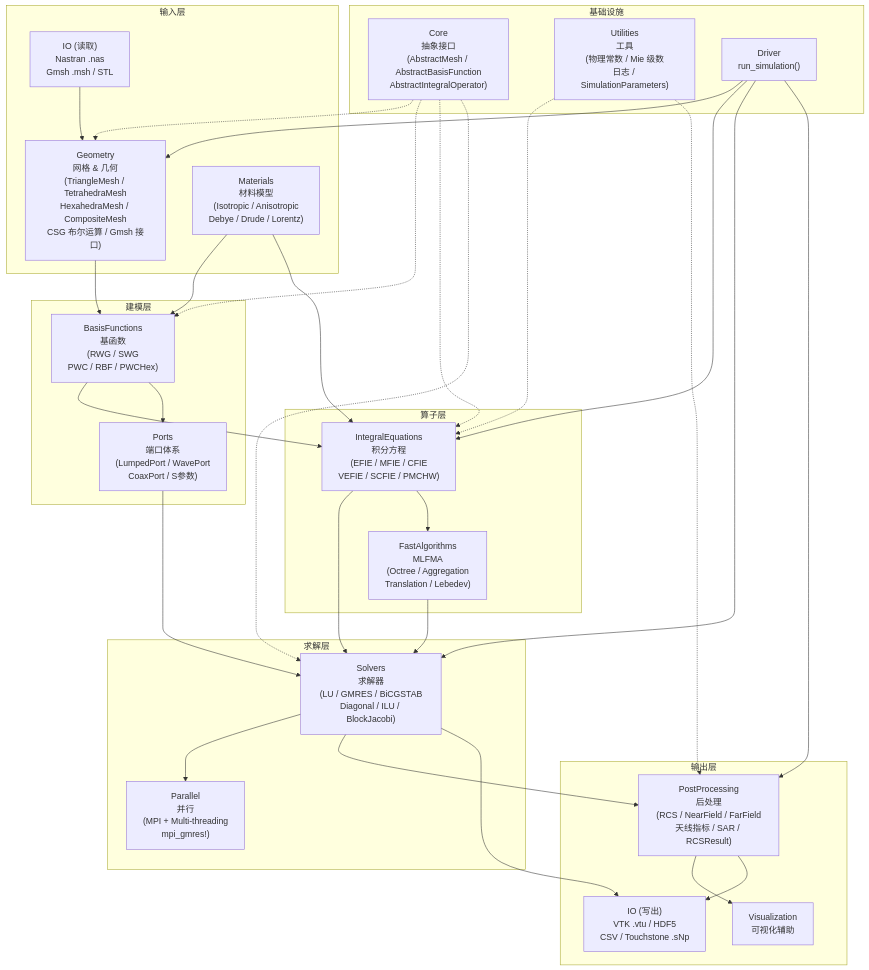
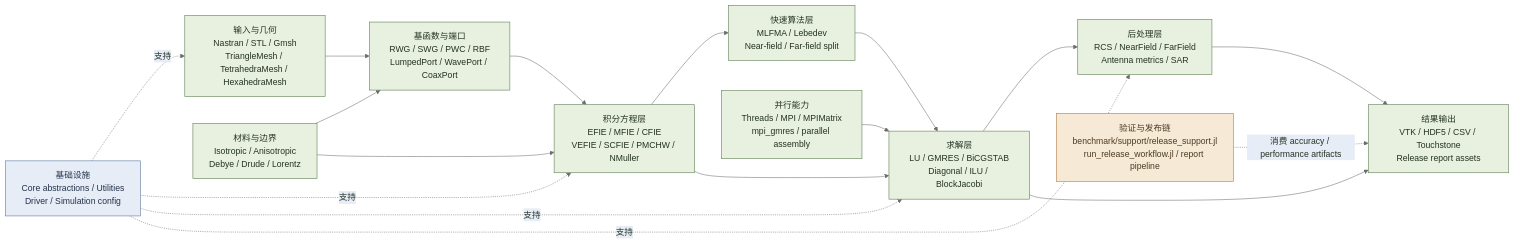
One commit to deltaeecs/EMMoMSuite.jl changed the diagram in README.md. Above: the diagram before and after it, drawn with Mermaid. The commit also changed other lines of this file, not shown here.

````diff
--- a/README.md
+++ b/README.md
@@ -11,54 +26,40 @@
 ```mermaid
-graph TD
-    subgraph 输入层
-        GEO["Geometry\n网格 & 几何\n(TriangleMesh / TetrahedraMesh\nHexahedraMesh / CompositeMesh\nCSG 布尔运算 / Gmsh 接口)"]
-        MAT["Materials\n材料模型\n(Isotropic / Anisotropic\nDebye / Drude / Lorentz)"]
-        IO_IN["IO (读取)\nNastran .nas\nGmsh .msh / STL"]
-    end
+%%{init: {'theme': 'base', 'themeVariables': { 'background': '#fbfbf7', 'primaryColor': '#e8f1df', 'primaryTextColor': '#243224', 'primaryBorderColor': '#6d8a63', 'lineColor': '#6c6c6c', 'secondaryColor': '#e7edf7', 'secondaryBorderColor': '#6e86a6', 'tertiaryColor': '#f6ead7', 'tertiaryBorderColor': '#b48a4d', 'fontFamily': 'Microsoft YaHei, Segoe UI, sans-serif'}}}%%
+flowchart LR
+    IO["输入与几何<br/>Nastran / STL / Gmsh<br/>TriangleMesh / TetrahedraMesh / HexahedraMesh"]
+    MAT["材料与边界<br/>Isotropic / Anisotropic<br/>Debye / Drude / Lorentz"]
+    BF["基函数与端口<br/>RWG / SWG / PWC / RBF<br/>LumpedPort / WavePort / CoaxPort"]
+    IE["积分方程层<br/>EFIE / MFIE / CFIE<br/>VEFIE / SCFIE / PMCHW / NMuller"]
+    FA["快速算法层<br/>MLFMA / Lebedev<br/>Near-field / Far-field split"]
+    SLV["求解层<br/>LU / GMRES / BiCGSTAB<br/>Diagonal / ILU / BlockJacobi"]
+    PP["后处理层<br/>RCS / NearField / FarField<br/>Antenna metrics / SAR"]
+    OUT["结果输出<br/>VTK / HDF5 / CSV / Touchstone<br/>Release report assets"]
+    PAR["并行能力<br/>Threads / MPI / MPIMatrix<br/>mpi_gmres / parallel assembly"]
+    CORE["基础设施<br/>Core abstractions / Utilities<br/>Driver / Simulation config"]
+    REL["验证与发布链<br/>benchmark/support/release_support.jl<br/>run_release_workflow.jl / report pipeline"]
 
-    subgraph 建模层
-        BF["BasisFunctions\n基函数\n(RWG / SWG\nPWC / RBF / PWCHex)"]
-        PORT["Ports\n端口体系\n(LumpedPort / WavePort\nCoaxPort / S参数)"]
-    end
-
-    subgraph 算子层
-        IE["IntegralEquations\n积分方程\n(EFIE / MFIE / CFIE\nVEFIE / SCFIE / PMCHW)"]
-        FA["FastAlgorithms\nMLFMA\n(Octree / Aggregation\nTranslation / Lebedev)"]
-    end
-
-    subgraph 求解层
-        SLV["Solvers\n求解器\n(LU / GMRES / BiCGSTAB\nDiagonal / ILU / BlockJacobi)"]
-        PAR["Parallel\n并行\n(MPI + Multi-threading\nmpi_gmres!)"]
-    end
-
-    subgraph 输出层
-        PP["PostProcessing\n后处理\n(RCS / NearField / FarField\n天线指标 / SAR / RCSResult)"]
-        IO_OUT["IO (写出)\nVTK .vtu / HDF5\nCSV / Touchstone .sNp"]
-        VIZ["Visualization\n可视化辅助"]
-    end
-
-    subgraph 基础设施
-        CORE["Core\n抽象接口\n(AbstractMesh / AbstractBasisFunction\nAbstractIntegralOperator)"]
-        UTIL["Utilities\n工具\n(物理常数 / Mie 级数\n日志 / SimulationParameters)"]
-        DRV["Driver\nrun_simulation()"]
-    end
-
-    IO_IN --> GEO
-    GEO --> BF
+    IO --> BF
     MAT --> BF
     MAT --> IE
     BF --> IE
-    BF --> PORT
+    IE --> FA
     IE --> SLV
-    IE --> FA
     FA --> SLV
-    SLV --> PAR
     SLV --> PP
-    SLV --> IO_OUT
-    PORT --> SLV
-    PP --> VIZ
-    PP --> IO_OUT
-    CORE -.-> GEO & BF & IE & SLV
-    UTIL -.-> IE & PP
-    DRV --> GEO & IE & SLV & PP
+    PP --> OUT
+    SLV --> OUT
+    PAR --> SLV
+    CORE -.支持.-> IO
+    CORE -.支持.-> IE
+    CORE -.支持.-> SLV
+    CORE -.支持.-> PP
+    REL -.消费 accuracy / performance artifacts.-> OUT
+
+    classDef runtime fill:#e8f1df,stroke:#6d8a63,color:#243224,stroke-width:1.2px;
+    classDef infra fill:#e7edf7,stroke:#6e86a6,color:#24324a,stroke-width:1.2px;
+    classDef release fill:#f6ead7,stroke:#b48a4d,color:#4d3920,stroke-width:1.2px;
+
+    class IO,MAT,BF,IE,FA,SLV,PP,OUT,PAR runtime;
+    class CORE infra;
+    class REL release;
 ```
````
